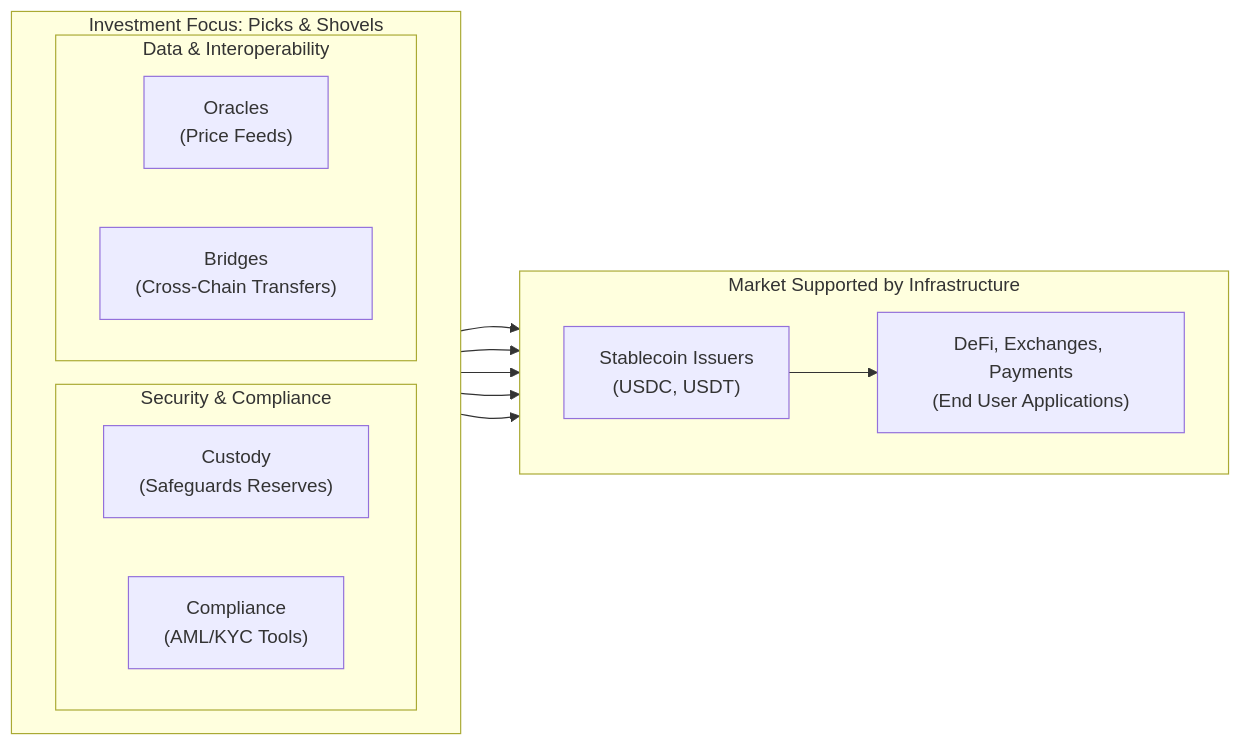
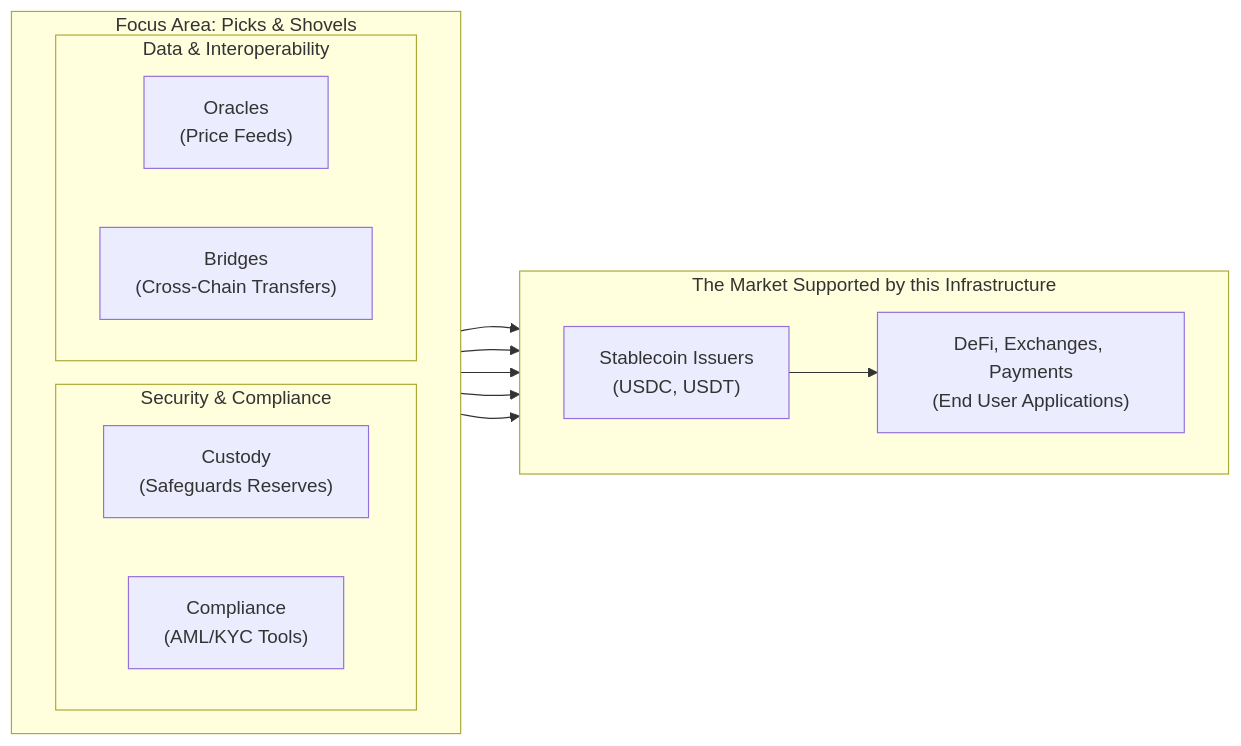
One commit to ewvanwinkle/stablecoin-research changed the diagram in Part2_The_Investment_Landscape/04_The_Picks_and_Shovels_Play.md. Above: the diagram before and after it, drawn with Mermaid. The commit also changed other lines of this file and 4 other files, not shown here.

````diff
--- a/Part2_The_Investment_Landscape/04_The_Picks_and_Shovels_Play.md
+++ b/Part2_The_Investment_Landscape/04_The_Picks_and_Shovels_Play.md
@@ -11,25 +11,25 @@
 ```mermaid
 graph LR
-    subgraph "Investment Focus: Picks & Shovels"
+    subgraph "Focus Area: Picks & Shovels"
         direction LR
         subgraph "Security & Compliance"
             A["Custody<br/>(Safeguards Reserves)"]
             B["Compliance<br/>(AML/KYC Tools)"]
         end
         subgraph "Data & Interoperability"
             C["Oracles<br/>(Price Feeds)"]
             D["Bridges<br/>(Cross-Chain Transfers)"]
         end
     end
 
-    subgraph "Market Supported by Infrastructure"
+    subgraph "The Market Supported by this Infrastructure"
         direction LR
         E["Stablecoin Issuers<br/>(USDC, USDT)"] --> F["DeFi, Exchanges, Payments<br/>(End User Applications)"]
     end
 
     A --> E
     B --> E
     C --> F
     D --> E
     D --> F
 ```
````
